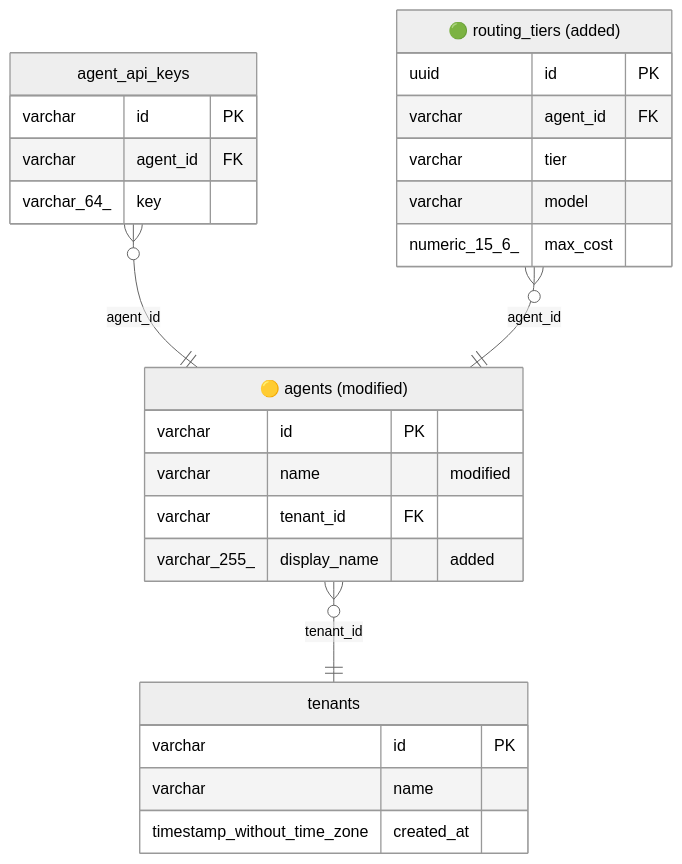
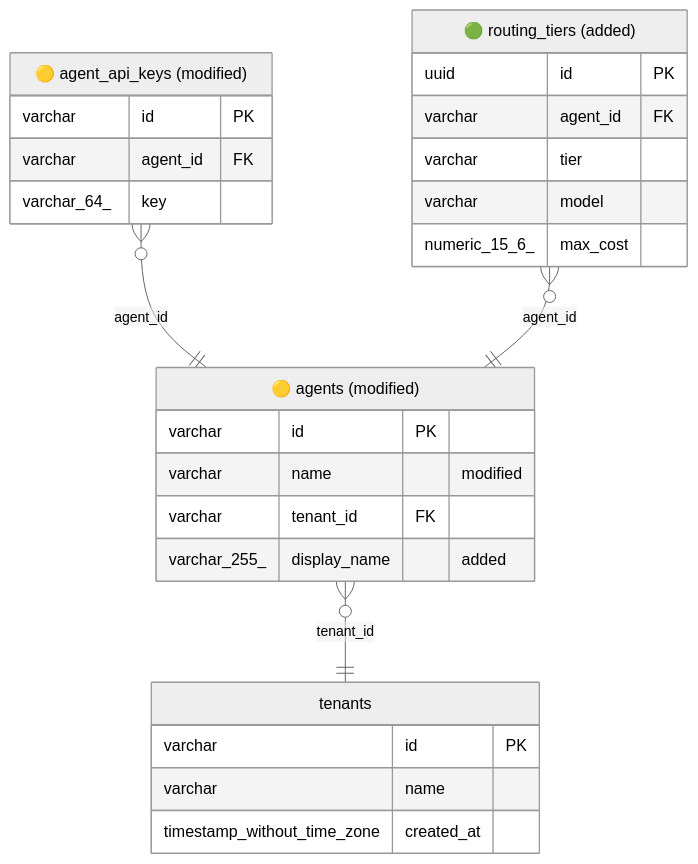
Before and after one commit to Francespo/manifest: the diagram in .github/scripts/db-diagram/__fixtures__/expected-comment.md, drawn with Mermaid (neutral theme). The commit also changed other lines of this file and 4 other files, not shown here.

````diff
--- a/.github/scripts/db-diagram/__fixtures__/expected-comment.md
+++ b/.github/scripts/db-diagram/__fixtures__/expected-comment.md
@@ -18,29 +18,29 @@
 ```mermaid
 erDiagram
-    agent_api_keys {
+    agent_api_keys["🟡 agent_api_keys (modified)"] {
         varchar id PK
         varchar agent_id FK
         varchar_64_ key
     }
     agents["🟡 agents (modified)"] {
         varchar id PK
         varchar name "modified"
         varchar tenant_id FK
         varchar_255_ display_name "added"
     }
     routing_tiers["🟢 routing_tiers (added)"] {
         uuid id PK
         varchar agent_id FK
         varchar tier
         varchar model
         numeric_15_6_ max_cost
     }
     tenants {
         varchar id PK
         varchar name
         timestamp_without_time_zone created_at
     }
     agent_api_keys }o--|| agents : "agent_id"
     agents }o--|| tenants : "tenant_id"
     routing_tiers }o--|| agents : "agent_id"
 ```
````
